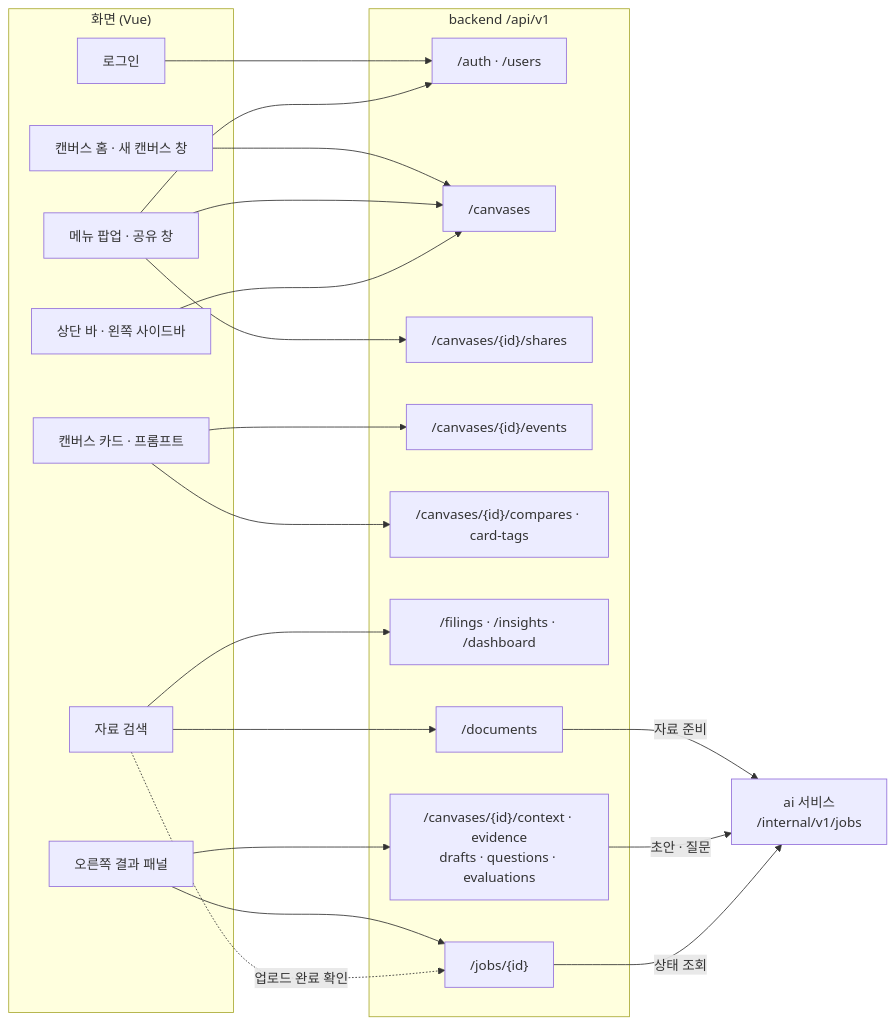
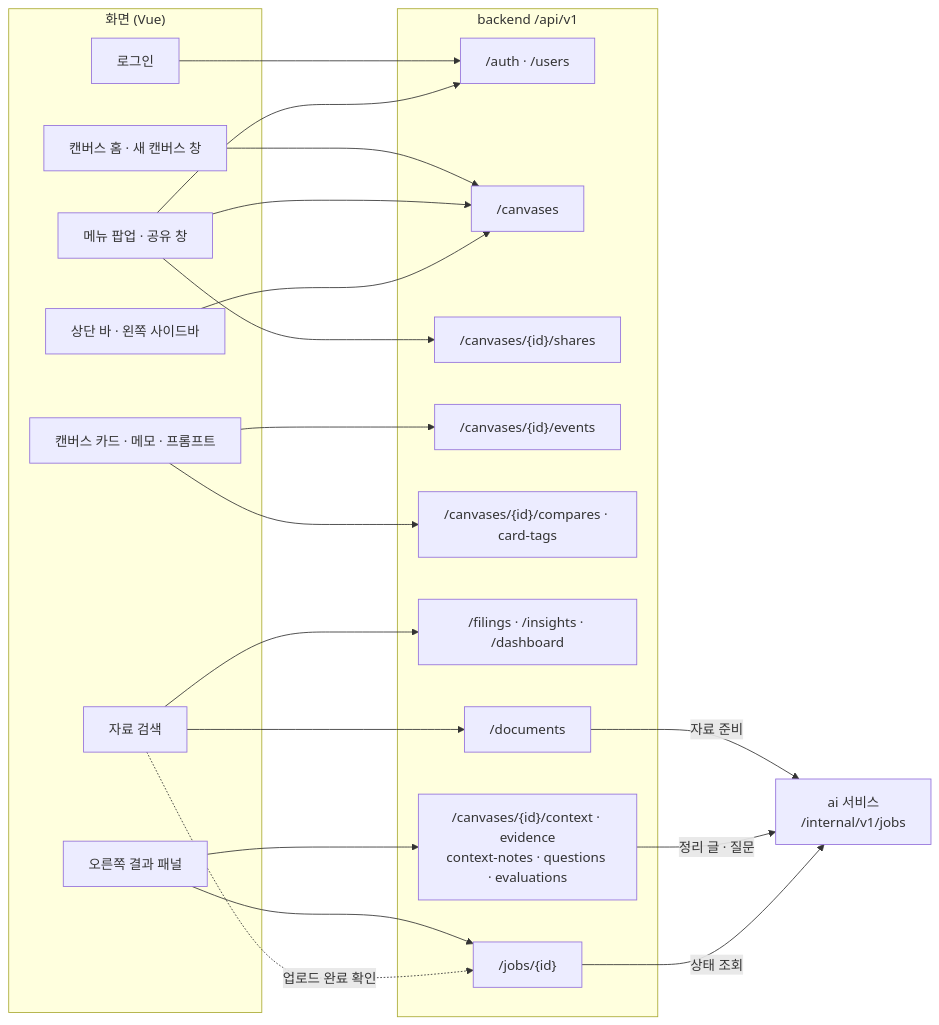
The first of 7 diagrams in docs/frontend/api-diagram.md (vamos-team/telescope), drawn with Mermaid before and after one commit. The commit also changed other lines of this file and 3 other files, not shown here.

````diff
--- a/docs/frontend/api-diagram.md
+++ b/docs/frontend/api-diagram.md
@@ -7,43 +7,43 @@
 ```mermaid
 flowchart LR
   subgraph FE["화면 (Vue)"]
     L[로그인]
     H[캔버스 홈 · 새 캔버스 창]
     SH[메뉴 팝업 · 공유 창]
     T[상단 바 · 왼쪽 사이드바]
-    C[캔버스 카드 · 프롬프트]
+    C[캔버스 카드 · 메모 · 프롬프트]
     S[자료 검색]
     R[오른쪽 결과 패널]
   end
 
   subgraph API["backend /api/v1"]
     AU["/auth · /users"]
     CV["/canvases"]
     SHR["/canvases/{id}/shares"]
     EV["/canvases/{id}/events"]
     CMP["/canvases/{id}/compares · card-tags"]
     FL["/filings · /insights · /dashboard"]
     DC["/documents"]
-    OUT["/canvases/{id}/context · evidence<br/>drafts · questions · evaluations"]
+    OUT["/canvases/{id}/context · evidence<br/>context-notes · questions · evaluations"]
     JB["/jobs/{id}"]
   end
 
   AI["ai 서비스<br/>/internal/v1/jobs"]
 
   L --> AU
   H --> CV
   SH --> CV
   SH --> AU
   SH --> SHR
   T --> CV
   C --> EV
   C --> CMP
   S --> FL
   S --> DC
   R --> OUT
   R --> JB
   S -. 업로드 완료 확인 .-> JB
   DC -- 자료 준비 --> AI
-  OUT -- 초안 · 질문 --> AI
+  OUT -- 정리 글 · 질문 --> AI
   JB -- 상태 조회 --> AI
 ```
````
